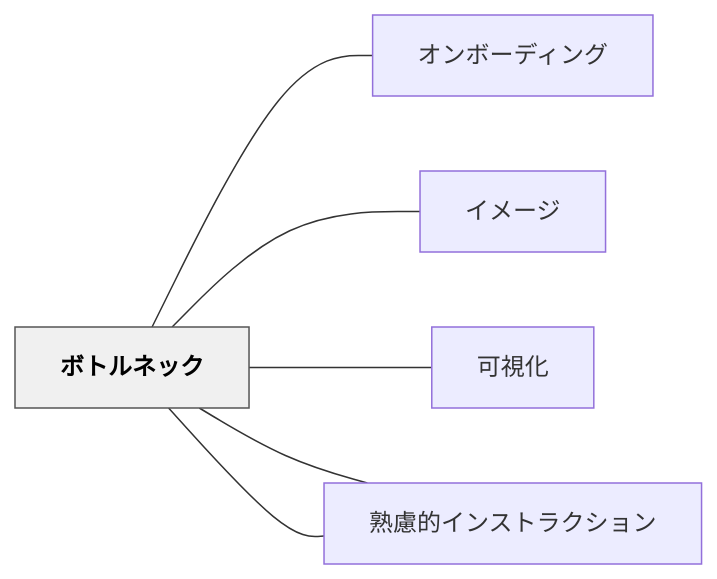
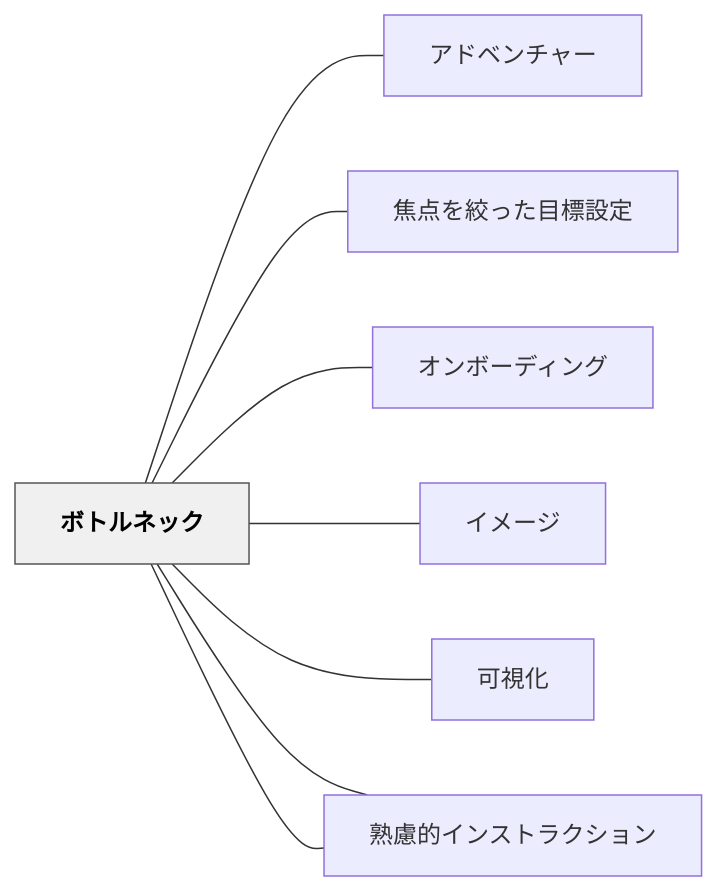
One commit to unknownthings-ed-patterns/unknownthings-ed-patterns changed the diagram in content/パタン/ボトルネック.md. Above: the diagram before and after it, drawn with Mermaid. The commit also changed other lines of this file and 473 other files, not shown here.

````diff
--- a/content/パタン/ボトルネック.md
+++ b/content/パタン/ボトルネック.md
@@ -122,18 +124,22 @@
 ```mermaid
 flowchart LR
     ne3839ce38388["ボトルネック"]
+    ne382a2e38389["アドベンチャー"]
+    ne784a6e782b9["焦点を絞った目標設定"]
     ne382aae383b3["オンボーディング"]
     ne382a4e383a1["イメージ"]
     ne58fafe8a696["可視化"]
     ne7869fe685ae["熟慮的配列"]
     ne7869fe685ae["熟慮的インストラクション"]
 
+    ne3839ce38388 --- ne382a2e38389
+    ne3839ce38388 --- ne784a6e782b9
     ne3839ce38388 --- ne382aae383b3
     ne3839ce38388 --- ne382a4e383a1
     ne3839ce38388 --- ne58fafe8a696
     ne3839ce38388 --- ne7869fe685ae
     ne3839ce38388 --- ne7869fe685ae
 
     classDef hub fill:#f0f0f0,stroke:#555,color:#000,font-weight:bold
     class ne3839ce38388 hub
 ```
````
